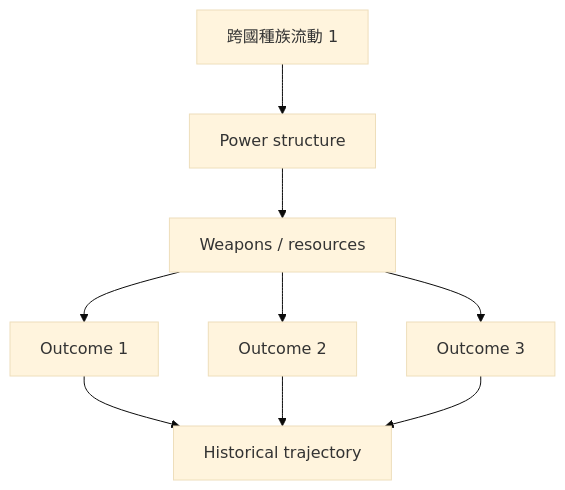
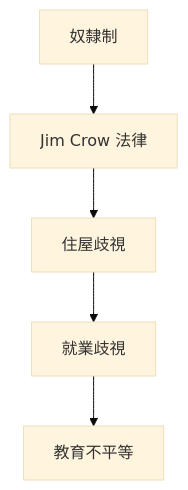
One commit to yip-lgtm/HKU-Harvard-History-Self-Study changed the third of 6 diagrams in 01_HKU_Courses/HIST2161_Making_Race.md. Above: the diagram before and after it, drawn with Mermaid (base theme). The commit also changed other lines of this file and 48 other files, not shown here.

````diff
--- a/01_HKU_Courses/HIST2161_Making_Race.md
+++ b/01_HKU_Courses/HIST2161_Making_Race.md
@@ -263,11 +123,7 @@
 ```mermaid
-graph TD
-    A[跨國種族流動 1] --> B[Power structure]
-    B --> C[Weapons / resources]
-    C --> D[Outcome 1]
-    C --> E[Outcome 2]
-    C --> F[Outcome 3]
-    D --> G[Historical trajectory]
-    E --> G
-    F --> G
+flowchart TD
+    A[奴隸制] --> B[Jim Crow 法律]
+    B --> C[住屋歧視]
+    C --> D[就業歧視]
+    D --> E[教育不平等]
 ```
````
